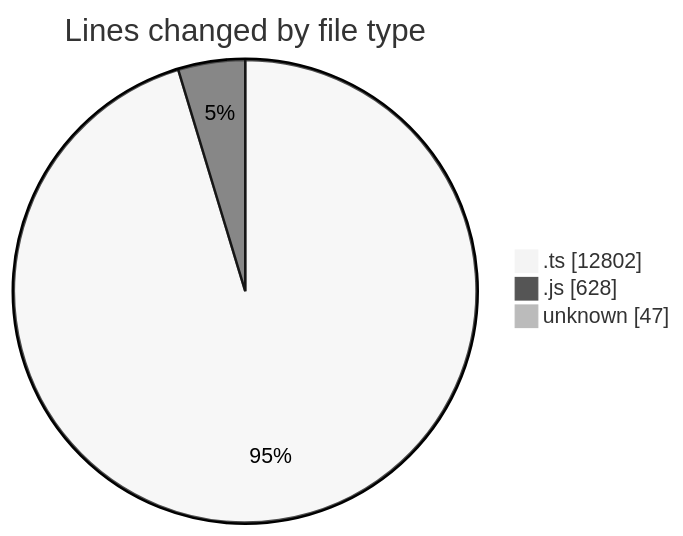
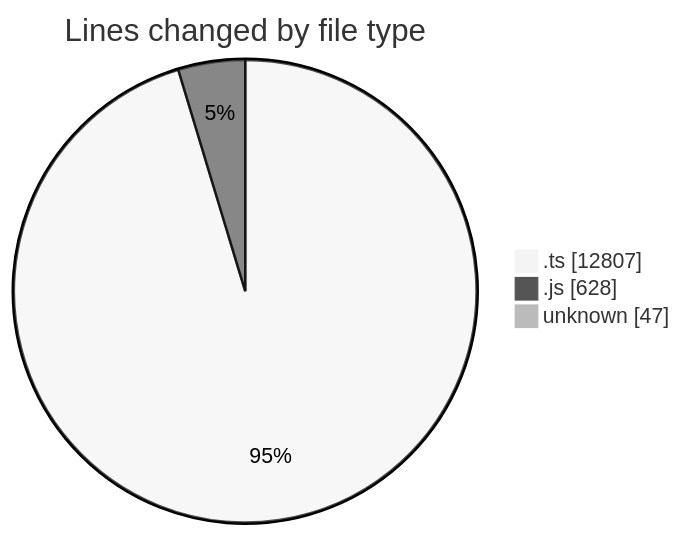
Before and after one commit to momahboobian/code-tracking: the first of 2 diagrams in 2025-09-05/cda/README.md, drawn with Mermaid (neutral theme). The commit also changed other lines of this file and 1 other file, not shown here.

````diff
--- a/2025-09-05/cda/README.md
+++ b/2025-09-05/cda/README.md
@@ -27,7 +27,7 @@
 ```mermaid
 pie showData
 title Lines changed by file type
-".ts" : 12802
+".ts" : 12807
 ".js" : 628
 "unknown" : 47
 ```
````
